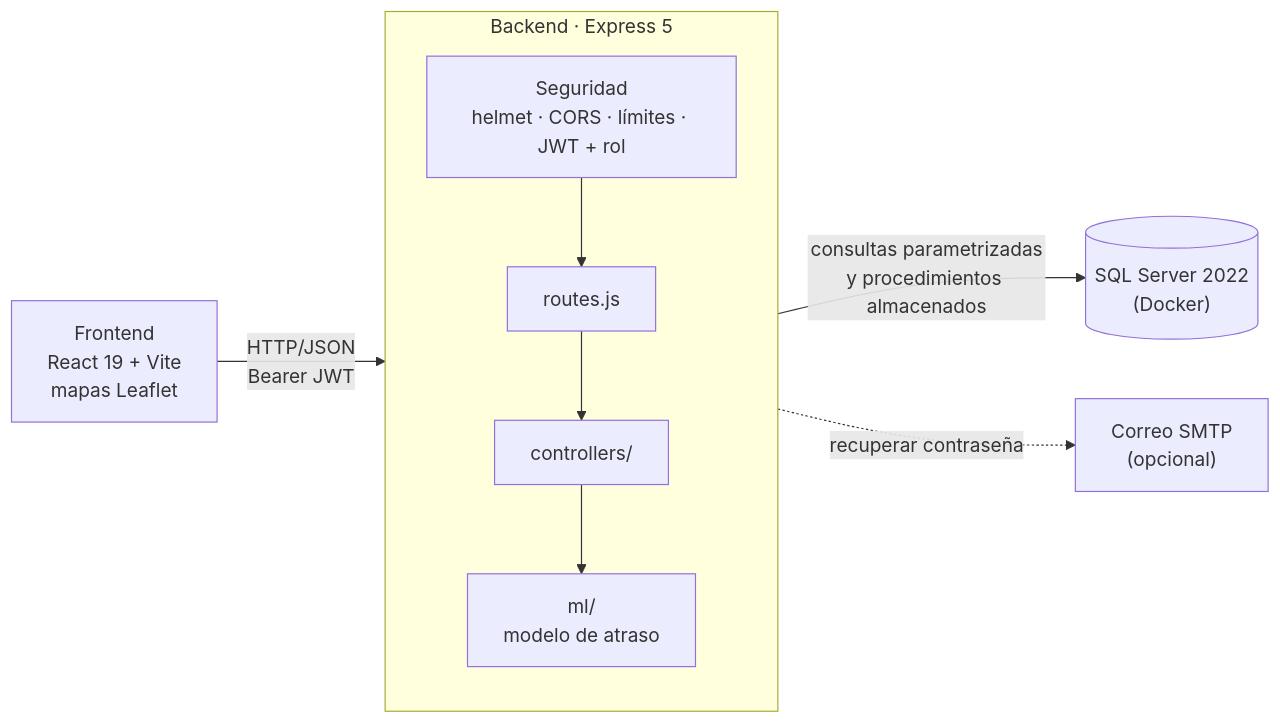
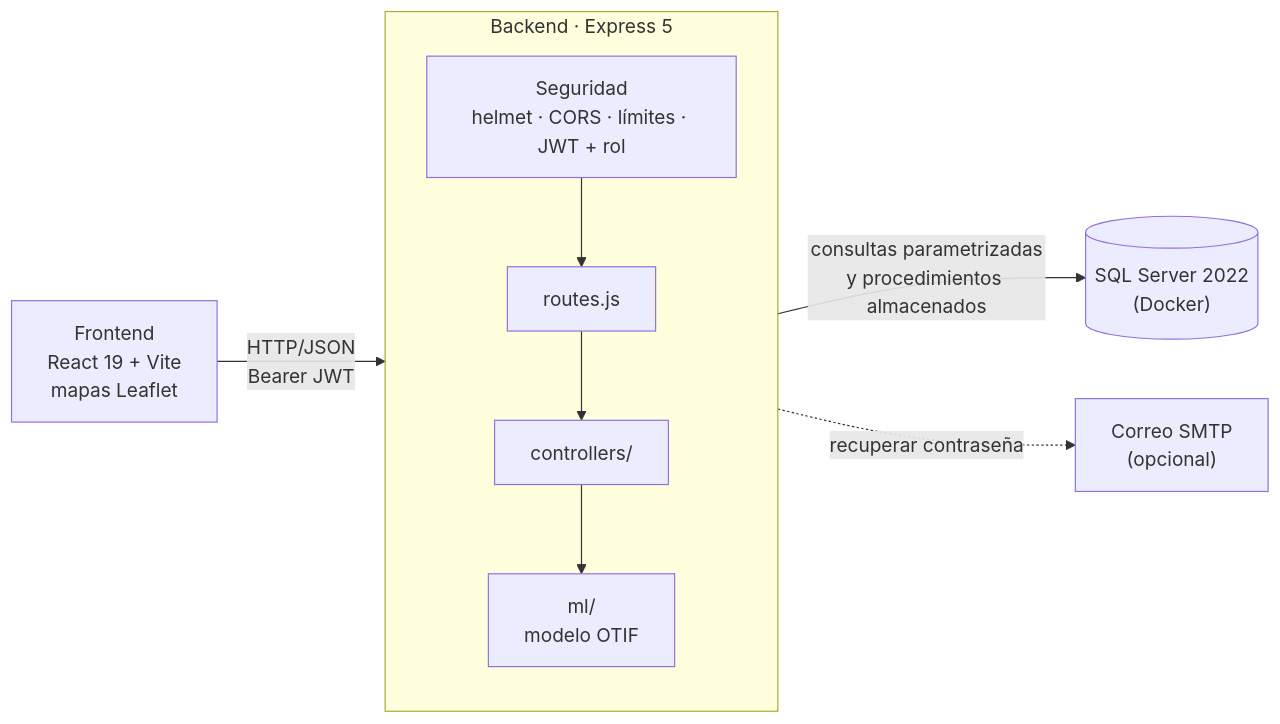
Before and after one commit to maricons/swot-mvp: the diagram in README.md, drawn with Mermaid. The commit also changed other lines of this file and 14 other files, not shown here.

````diff
--- a/README.md
+++ b/README.md
@@ -115,11 +163,11 @@
 ```mermaid
 flowchart LR
     FE["Frontend<br/>React 19 + Vite<br/>mapas Leaflet"] -- "HTTP/JSON<br/>Bearer JWT" --> API
     subgraph API["Backend · Express 5"]
         direction TB
         MW["Seguridad<br/>helmet · CORS · límites · JWT + rol"] --> RT["routes.js"] --> CT["controllers/"]
-        CT --> ML["ml/<br/>modelo de atraso"]
+        CT --> ML["ml/<br/>modelo OTIF"]
     end
     CT -- "consultas parametrizadas<br/>y procedimientos almacenados" --> DB[("SQL Server 2022<br/>(Docker)")]
     CT -. "recuperar contraseña" .-> SMTP["Correo SMTP<br/>(opcional)"]
 ```
````
